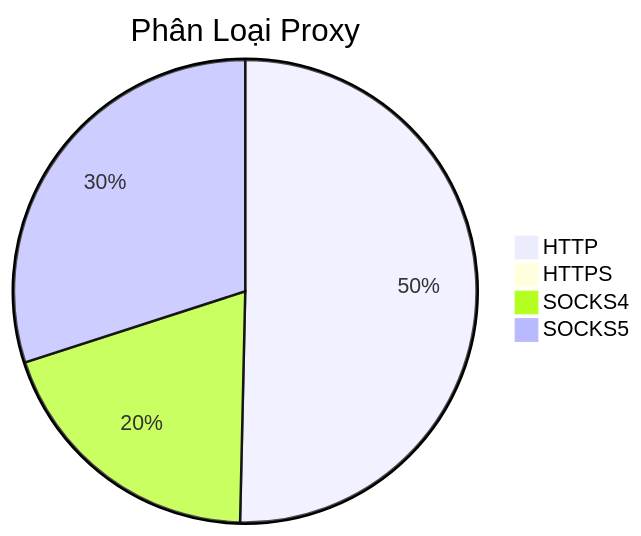
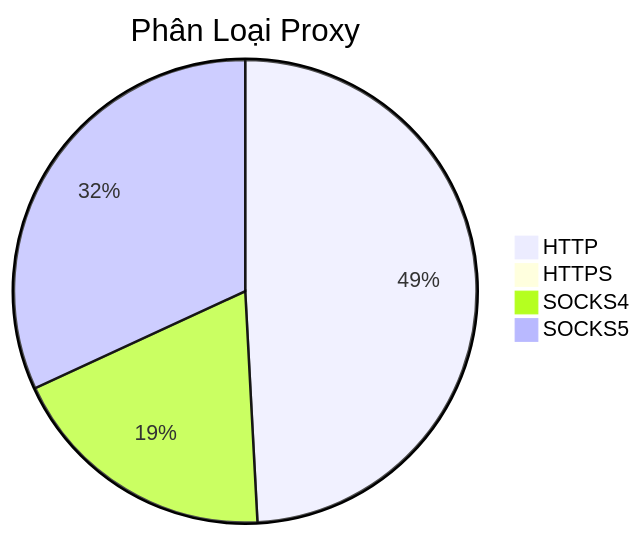
The diagram in README.md (Ciara-Aa/PROXY-free), drawn with Mermaid before and after one commit. The commit also changed other lines of this file and 4 other files, not shown here.

````diff
--- a/README.md
+++ b/README.md
@@ -26,7 +26,7 @@
 ```mermaid
 pie title Phân Loại Proxy
-    "HTTP" : 425
-    "HTTPS" : 4
-    "SOCKS4" : 166
-    "SOCKS5" : 253
+    "HTTP" : 350
+    "HTTPS" : 5
+    "SOCKS4" : 135
+    "SOCKS5" : 227
 ```
````
